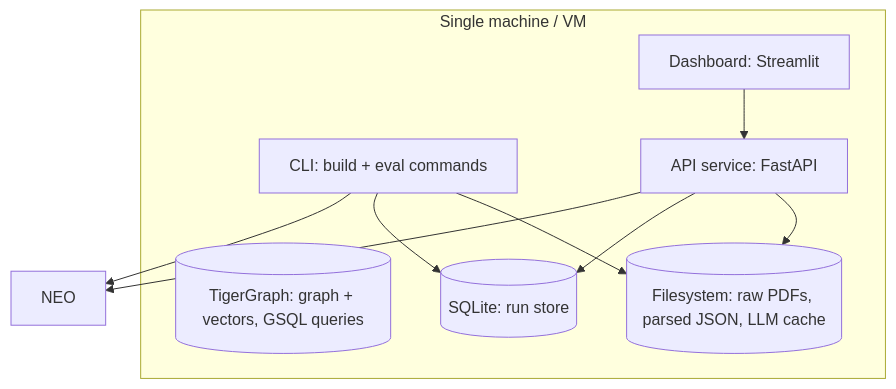
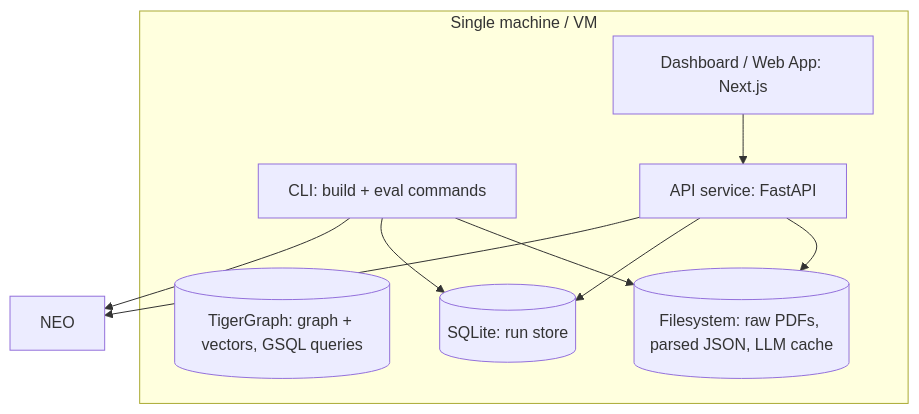
The second of 11 diagrams in docs/ARCHITECTURE.md (Tetra4ge/Interlock-TG), drawn with Mermaid before and after one commit. The commit also changed other lines of this file and 7 other files, not shown here.

Commit message:
docs: update frontend architecture and plans from Streamlit to Next.js

````diff
--- a/docs/ARCHITECTURE.md
+++ b/docs/ARCHITECTURE.md
@@ -43,18 +43,18 @@
 ```mermaid
 flowchart TB
     subgraph Host[Single machine / VM]
         CLI[CLI: build + eval commands]
         API[API service: FastAPI]
-        DASH[Dashboard: Streamlit]
+        DASH[Dashboard / Web App: Next.js]
         TG[(TigerGraph: graph + vectors, GSQL queries)]
         SQL[(SQLite: run store)]
         FS[(Filesystem: raw PDFs, parsed JSON, LLM cache)]
     end
     DASH --> API
     API --> NEO
     API --> SQL
     CLI --> NEO
     CLI --> SQL
     CLI --> FS
     API --> FS
 ```
````
